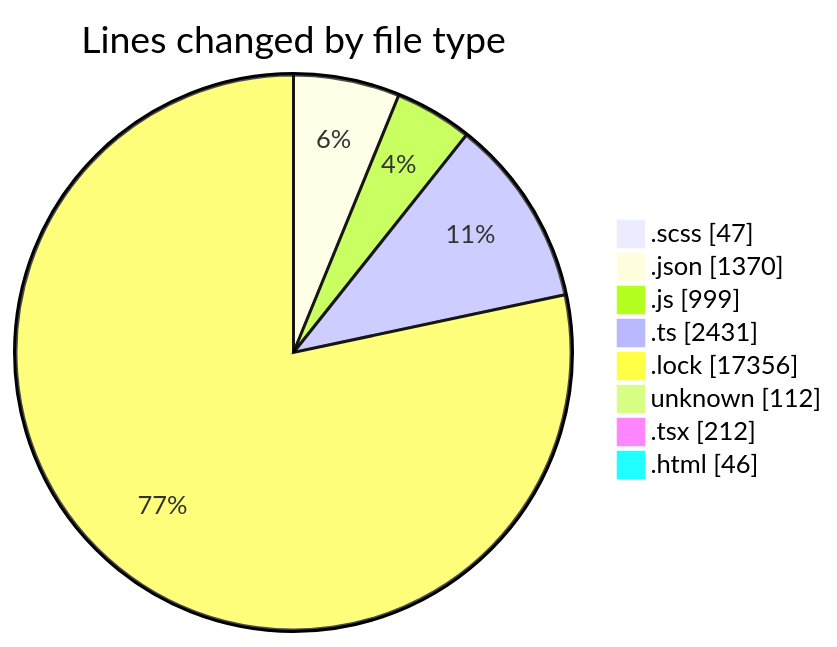
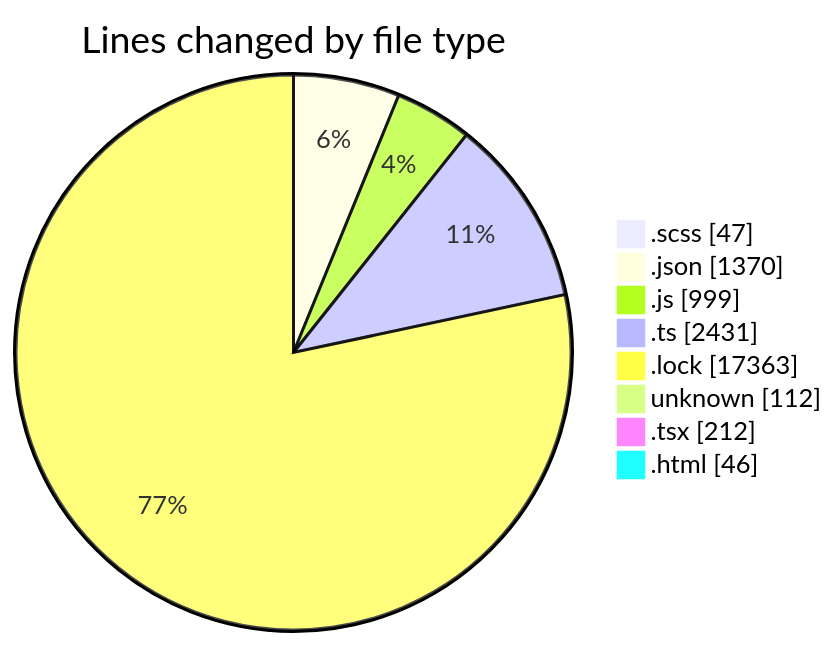
Before and after one commit to momahboobian/code-tracking: the first of 2 diagrams in 2026-04-21/cda/README.md, drawn with Mermaid. The commit also changed other lines of this file and 1 other file, not shown here.

````diff
--- a/2026-04-21/cda/README.md
+++ b/2026-04-21/cda/README.md
@@ -54,12 +54,12 @@
 ```mermaid
 pie showData
 title Lines changed by file type
 ".scss" : 47
 ".json" : 1370
 ".js" : 999
 ".ts" : 2431
-".lock" : 17356
+".lock" : 17363
 "unknown" : 112
 ".tsx" : 212
 ".html" : 46
 ```
````
